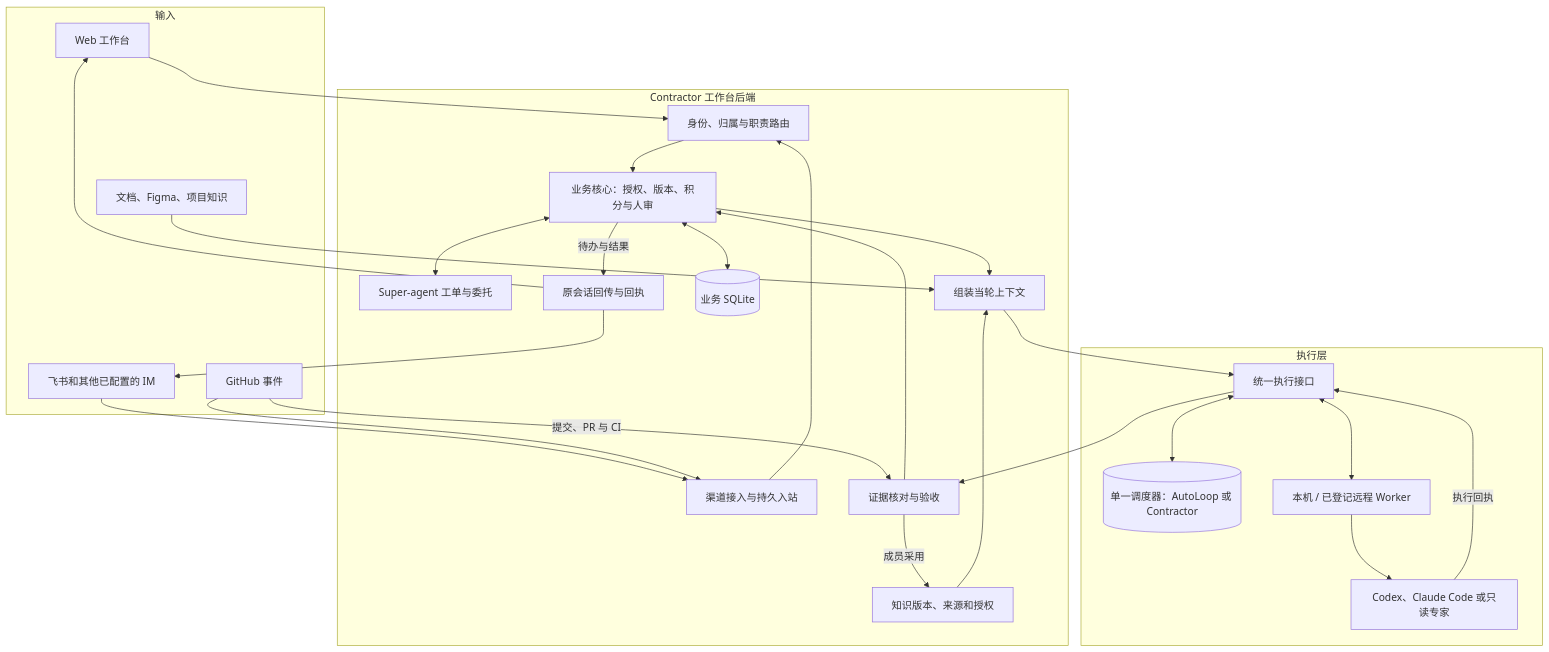
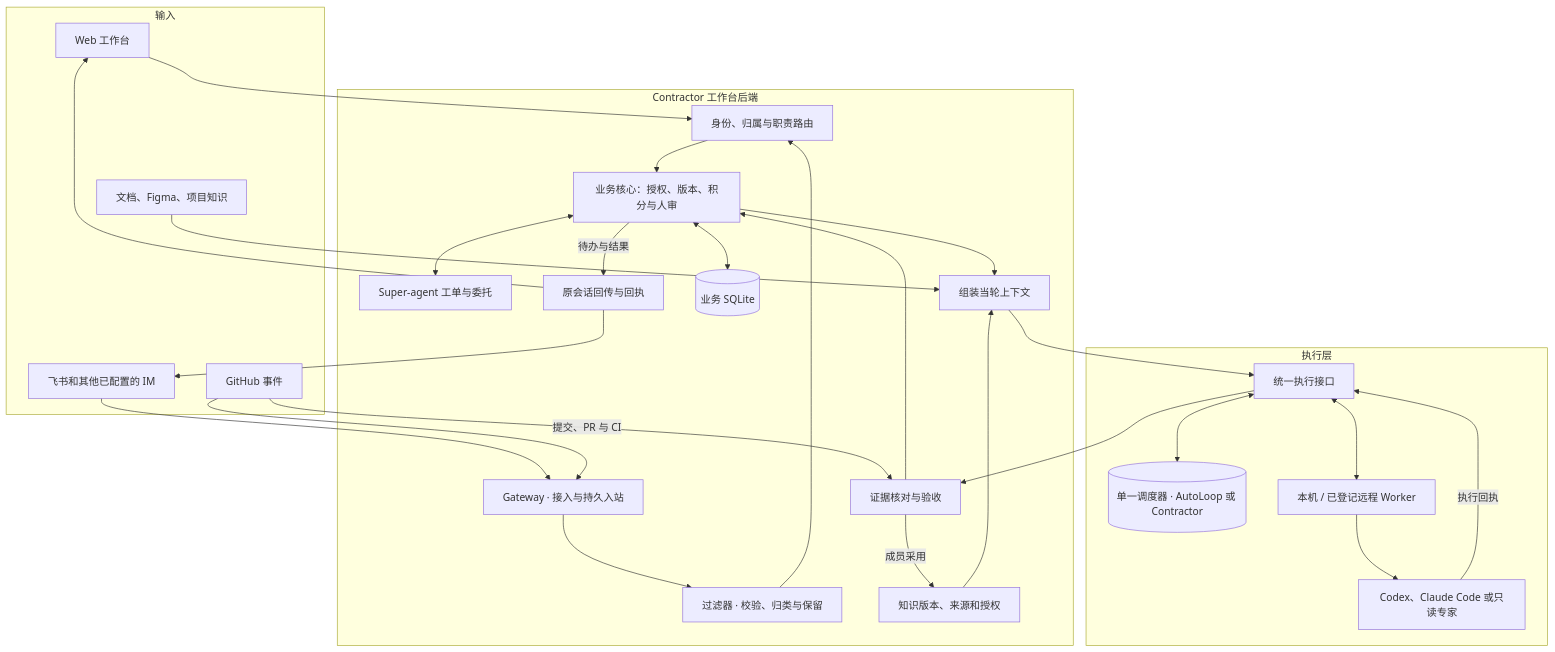
Before and after one commit to zhegong-996/Contractor: the diagram in docs/ARCHITECTURE.md, drawn with Mermaid. The commit also changed other lines of this file and 73 other files, not shown here.

````diff
--- a/docs/ARCHITECTURE.md
+++ b/docs/ARCHITECTURE.md
@@ -7,42 +7,43 @@
 ```mermaid
 flowchart TB
   subgraph Input["输入"]
     UI["Web 工作台"]
     IM["飞书和其他已配置的 IM"]
     GH["GitHub 事件"]
     Source["文档、Figma、项目知识"]
   end
   subgraph Platform["Contractor 工作台后端"]
-    Ingress["渠道接入与持久入站"]
+    Ingress["Gateway · 接入与持久入站"]
+    Filter["过滤器 · 校验、归类与保留"]
     Router["身份、归属与职责路由"]
     Core["业务核心：授权、版本、积分与人审"]
     Engine["Super-agent 工单与委托"]
     Context["组装当轮上下文"]
     Output["证据核对与验收"]
     Memory["知识版本、来源和授权"]
     Ledger[("业务 SQLite")]
     Reply["原会话回传与回执"]
   end
   subgraph Execution["执行层"]
     Dispatch["统一执行接口"]
-    Runtime[("单一调度器：AutoLoop 或 Contractor")]
+    Runtime[("单一调度器 · AutoLoop 或 Contractor")]
     Worker["本机 / 已登记远程 Worker"]
     CLI["Codex、Claude Code 或只读专家"]
   end
-  IM --> Ingress --> Router
+  IM --> Ingress --> Filter --> Router
   GH --> Ingress
   UI --> Router --> Core
   Core <--> Engine
   Core <--> Ledger
   Core --> Context
   Source --> Context
   Memory --> Context
   Context --> Dispatch <--> Runtime
   Dispatch <--> Worker --> CLI
   CLI -->|"执行回执"| Dispatch --> Output
   GH -->|"提交、PR 与 CI"| Output
   Output --> Core
   Output -->|"成员采用"| Memory
   Core -->|"待办与结果"| Reply --> IM
   Reply --> UI
 ```
````
